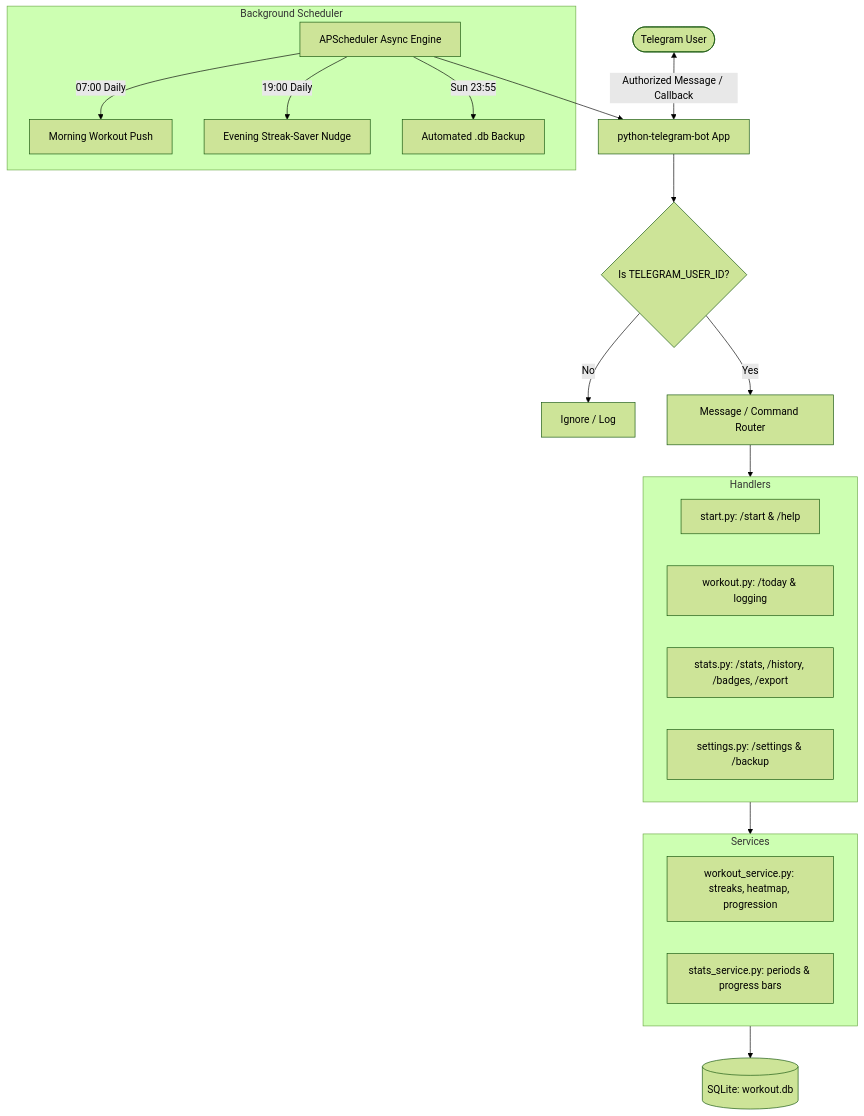
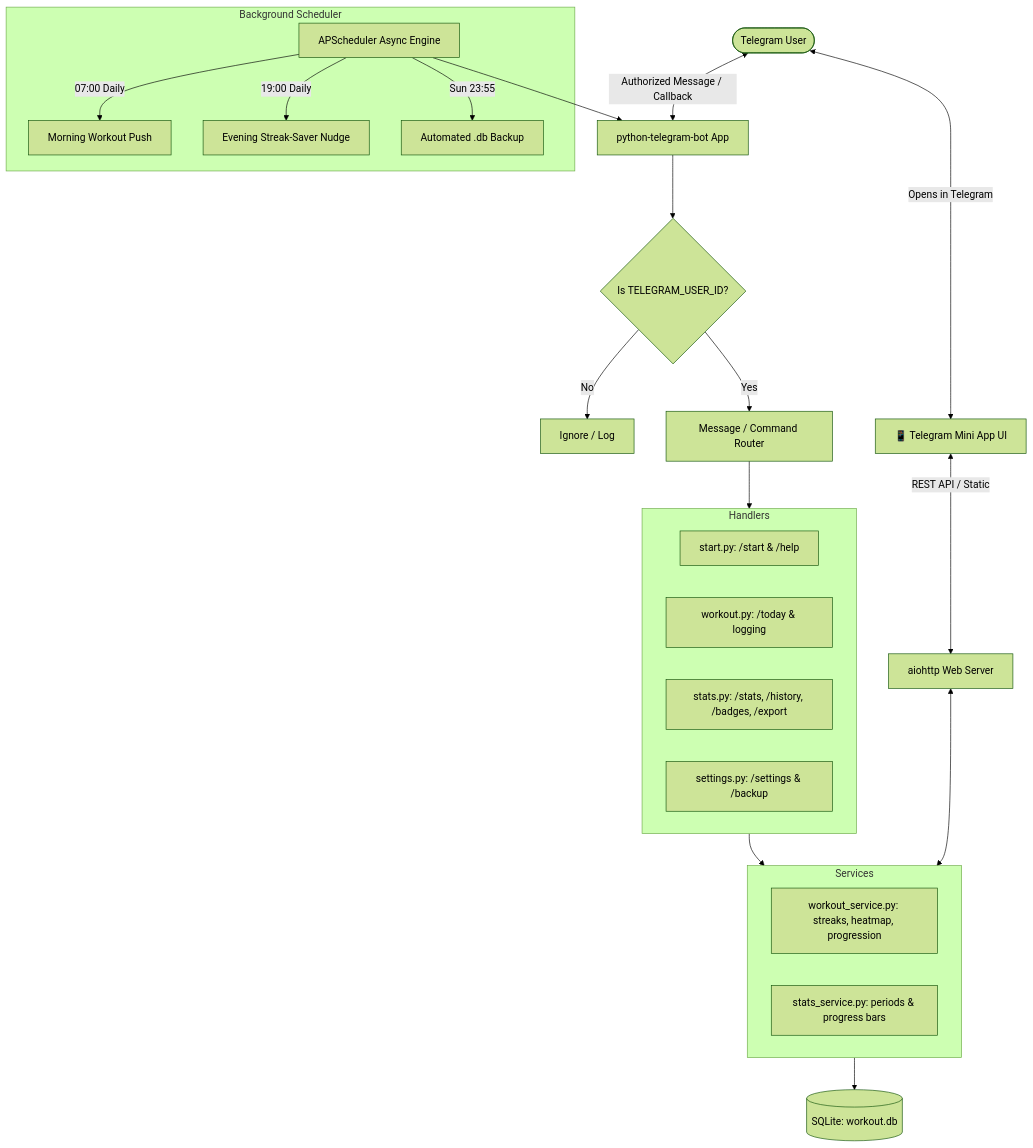
The diagram in README.md (vicuvi1/Sport-Bot-Telegram-), drawn with Mermaid (forest theme) before and after one commit. The commit also changed other lines of this file and 10 other files, not shown here.

Commit message:
feat: add Telegram Mini App with circular progress dials, REST API, and haptic feedback

````diff
--- a/README.md
+++ b/README.md
@@ -85,31 +92,35 @@
 ```mermaid
 flowchart TD
     User([Telegram User]) <-->|Authorized Message / Callback| Bot[python-telegram-bot App]
+    User <-->|Opens in Telegram| MiniApp[📱 Telegram Mini App UI]
+    MiniApp <-->|REST API / Static| WebServer[aiohttp Web Server]
+    WebServer <--> Services
+
     Bot --> Security{Is TELEGRAM_USER_ID?}
     Security -->|No| Drop[Ignore / Log]
     Security -->|Yes| Router[Message / Command Router]
     
     Router --> Handlers
     subgraph Handlers
         H1[start.py: /start & /help]
         H2[workout.py: /today & logging]
         H3[stats.py: /stats, /history, /badges, /export]
         H4[settings.py: /settings & /backup]
     end
 
     Handlers --> Services
     subgraph Services
         S1[workout_service.py: streaks, heatmap, progression]
         S2[stats_service.py: periods & progress bars]
     end
 
     Services --> DB[(SQLite: workout.db)]
     
     subgraph Background Scheduler
         SCH[APScheduler Async Engine]
         SCH -->|07:00 Daily| N1[Morning Workout Push]
         SCH -->|19:00 Daily| N2[Evening Streak-Saver Nudge]
         SCH -->|Sun 23:55| N3[Automated .db Backup]
     end
     SCH --> Bot
 ```
````
